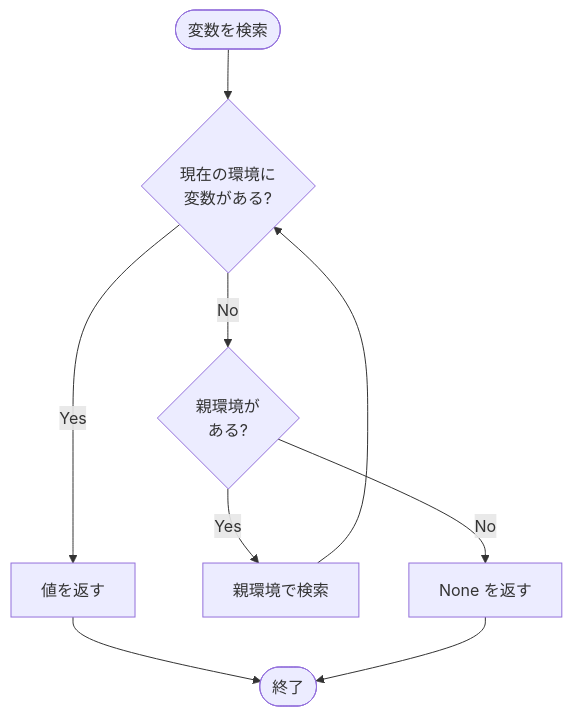
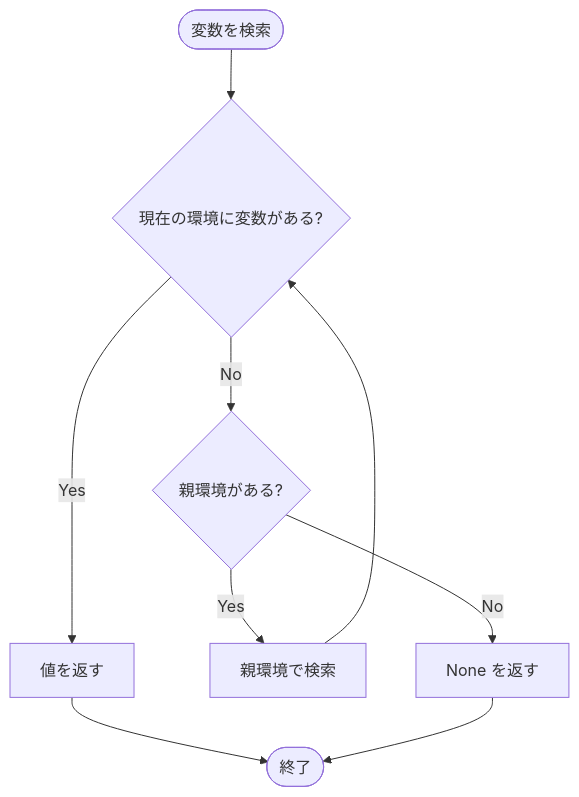
Before and after one commit to sanohiro/qi-lang: the second of 5 diagrams in learning/impl/05-environment.md, drawn with Mermaid. The commit also changed other lines of this file and 3 other files, not shown here.

First line of the commit message:
fix: Mermaid記法のHTMLタグを削除してGitHub互換性を向上

````diff
--- a/learning/impl/05-environment.md
+++ b/learning/impl/05-environment.md
@@ -94,11 +94,11 @@
 ```mermaid
 flowchart TD
-    Start([変数を検索]) --> Local{現在の環境に<br/>変数がある?}
+    Start([変数を検索]) --> Local{現在の環境に変数がある?}
     Local -->|Yes| Found[値を返す]
-    Local -->|No| HasParent{親環境が<br/>ある?}
+    Local -->|No| HasParent{親環境がある?}
     HasParent -->|Yes| Parent[親環境で検索]
     HasParent -->|No| NotFound[None を返す]
     Parent --> Local
     Found --> End([終了])
     NotFound --> End
 ```
````
